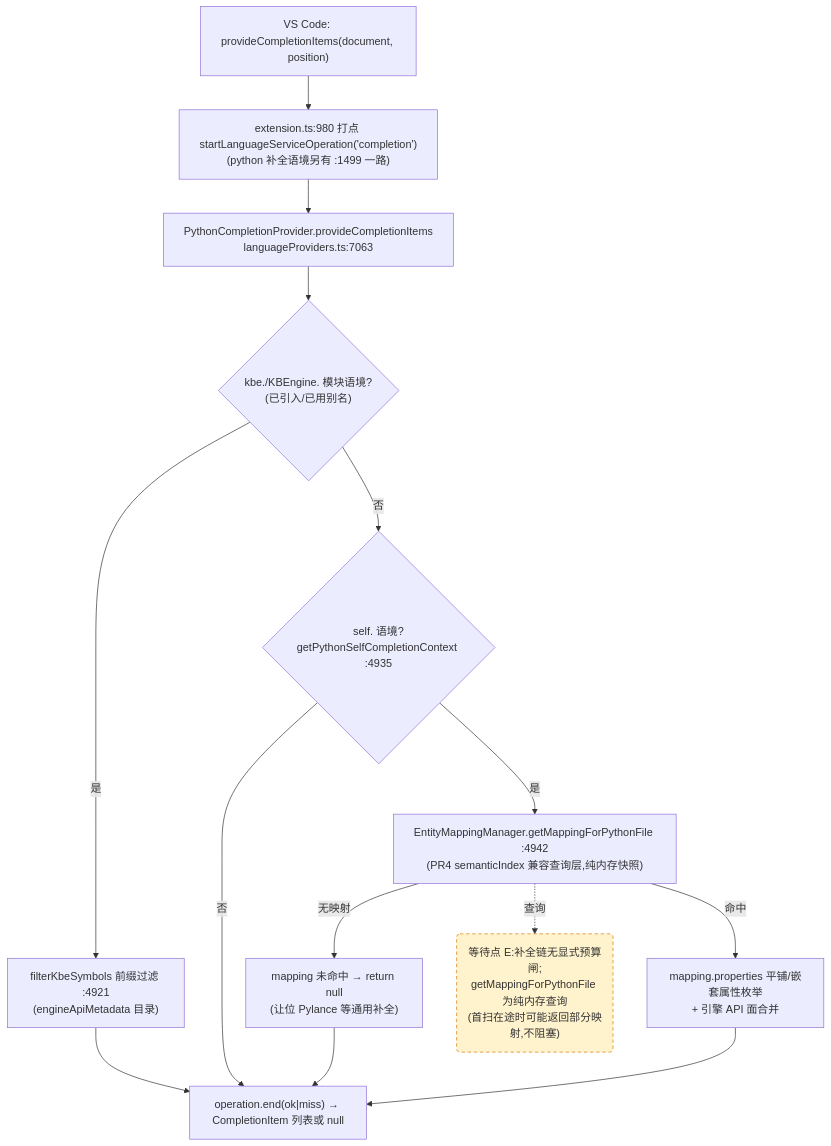
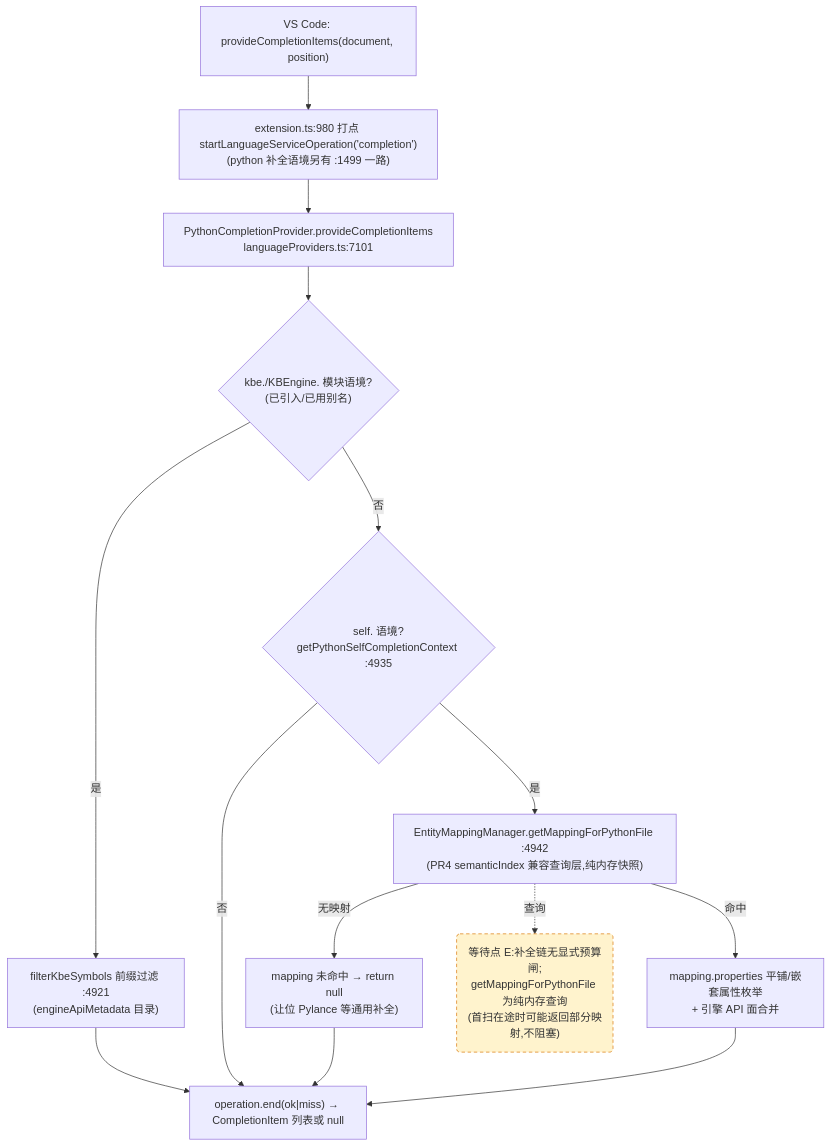
The third of 4 diagrams in docs/perf/2026-baseline.md (cuihairu/kode), drawn with Mermaid before and after one commit. The commit also changed other lines of this file and 4 other files, not shown here.

````diff
--- a/docs/perf/2026-baseline.md
+++ b/docs/perf/2026-baseline.md
@@ -184,27 +184,27 @@
 ```mermaid
 flowchart TD
   VC3["VS Code: provideCompletionItems(document, position)"]
   M3["extension.ts:980 打点 startLanguageServiceOperation('completion')<br/>(python 补全语境另有 :1499 一路)"]
-  CP["PythonCompletionProvider.provideCompletionItems<br/>languageProviders.ts:7063"]
+  CP["PythonCompletionProvider.provideCompletionItems<br/>languageProviders.ts:7101"]
   KBEC{"kbe./KBEngine. 模块语境?<br/>(已引入/已用别名)"}
   FILTER["filterKbeSymbols 前缀过滤 :4921<br/>(engineApiMetadata 目录)"]
   SELFC{"self. 语境?<br/>getPythonSelfCompletionContext :4935"}
   MAP["EntityMappingManager.getMappingForPythonFile :4942<br/>(PR4 semanticIndex 兼容查询层,纯内存快照)"]
   NOMAP["mapping 未命中 → return null<br/>(让位 Pylance 等通用补全)"]
   PROPS["mapping.properties 平铺/嵌套属性枚举<br/>+ 引擎 API 面合并"]
   END3["operation.end(ok|miss) → CompletionItem 列表或 null"]
 
   VC3 --> M3 --> CP --> KBEC
   KBEC -- "是" --> FILTER --> END3
   KBEC -- "否" --> SELFC
   SELFC -- "否" --> END3
   SELFC -- "是" --> MAP
   MAP -- "无映射" --> NOMAP --> END3
   MAP -- "命中" --> PROPS --> END3
 
   WAITE("等待点 E:补全链无显式预算闸;<br/>getMappingForPythonFile 为纯内存查询<br/>(首扫在途时可能返回部分映射,不阻塞)")
   MAP -.->|查询| WAITE
 
   classDef waitPoint fill:#fff3cd,stroke:#d97706,stroke-dasharray:5 4;
   class WAITE waitPoint;
 ```
````
